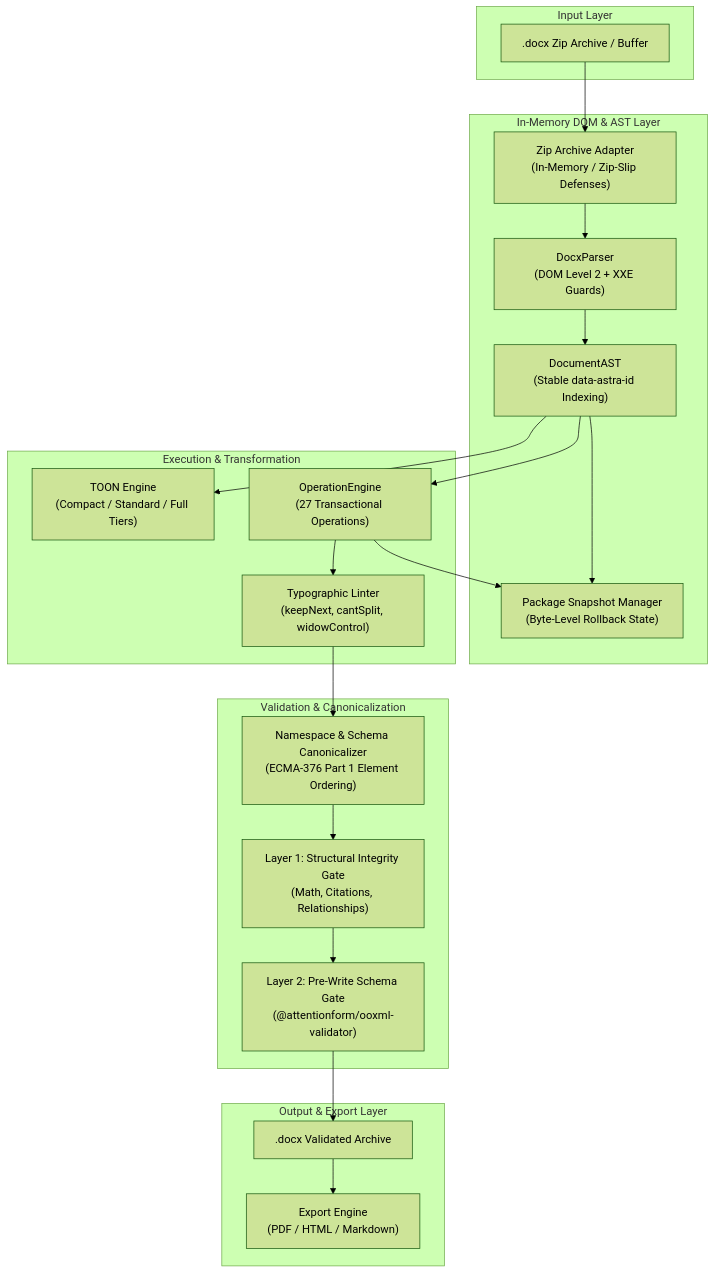
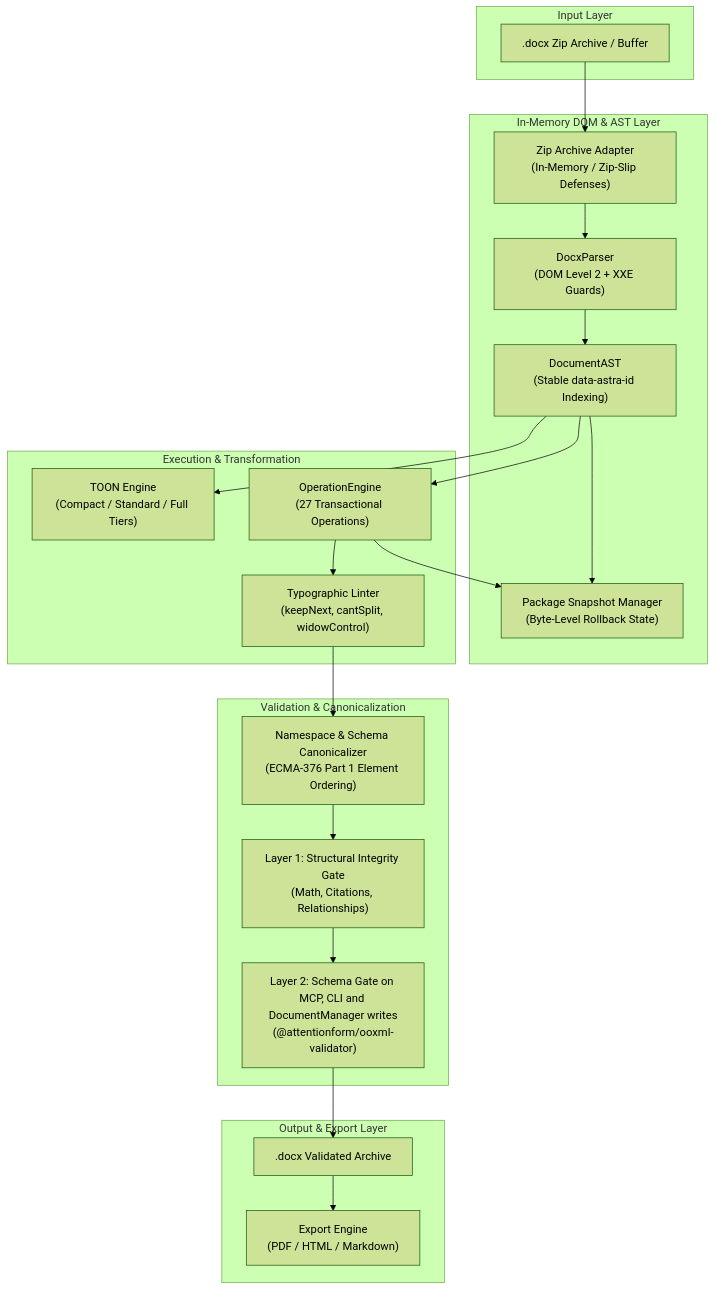
One commit to Attentionform/astra changed the diagram in docs/architecture.md. Above: the diagram before and after it, drawn with Mermaid (forest theme). The commit also changed other lines of this file and 17 other files, not shown here.

````diff
--- a/docs/architecture.md
+++ b/docs/architecture.md
@@ -26,44 +26,44 @@
 ```mermaid
 flowchart TD
     subgraph Input["Input Layer"]
         DOCX_IN[".docx Zip Archive / Buffer"]
     end
 
     subgraph Memory["In-Memory DOM & AST Layer"]
         ZipAdapter["Zip Archive Adapter<br/>(In-Memory / Zip-Slip Defenses)"]
         Parser["DocxParser<br/>(DOM Level 2 + XXE Guards)"]
         AST["DocumentAST<br/>(Stable data-astra-id Indexing)"]
         Snapshots["Package Snapshot Manager<br/>(Byte-Level Rollback State)"]
     end
 
     subgraph Execution["Execution & Transformation"]
         TOON["TOON Engine<br/>(Compact / Standard / Full Tiers)"]
         OpEngine["OperationEngine<br/>(27 Transactional Operations)"]
         Linter["Typographic Linter<br/>(keepNext, cantSplit, widowControl)"]
     end
 
     subgraph Quality["Validation & Canonicalization"]
         Canonicalizer["Namespace & Schema Canonicalizer<br/>(ECMA-376 Part 1 Element Ordering)"]
         Gate1["Layer 1: Structural Integrity Gate<br/>(Math, Citations, Relationships)"]
-        Gate2["Layer 2: Pre-Write Schema Gate<br/>(@attentionform/ooxml-validator)"]
+        Gate2["Layer 2: Schema Gate on MCP, CLI and DocumentManager writes<br/>(@attentionform/ooxml-validator)"]
     end
 
     subgraph Output["Output & Export Layer"]
         DOCX_OUT[".docx Validated Archive"]
         ExportPipeline["Export Engine<br/>(PDF / HTML / Markdown)"]
     end
 
     DOCX_IN --> ZipAdapter
     ZipAdapter --> Parser
     Parser --> AST
     AST --> Snapshots
     AST --> TOON
     AST --> OpEngine
     OpEngine --> Snapshots
     OpEngine --> Linter
     Linter --> Canonicalizer
     Canonicalizer --> Gate1
     Gate1 --> Gate2
     Gate2 --> DOCX_OUT
     DOCX_OUT --> ExportPipeline
 ```
````
